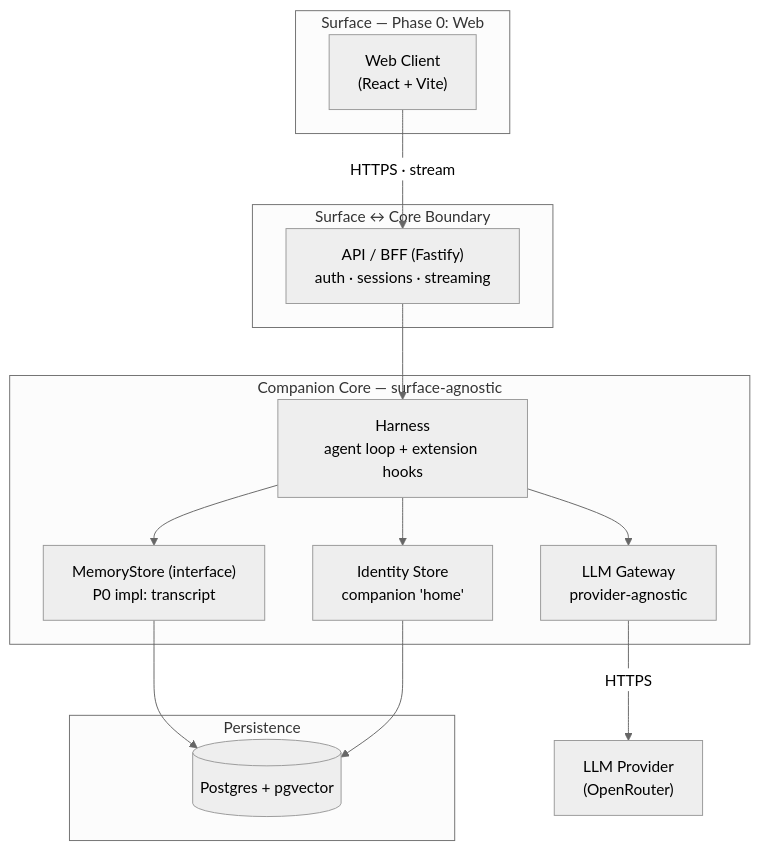
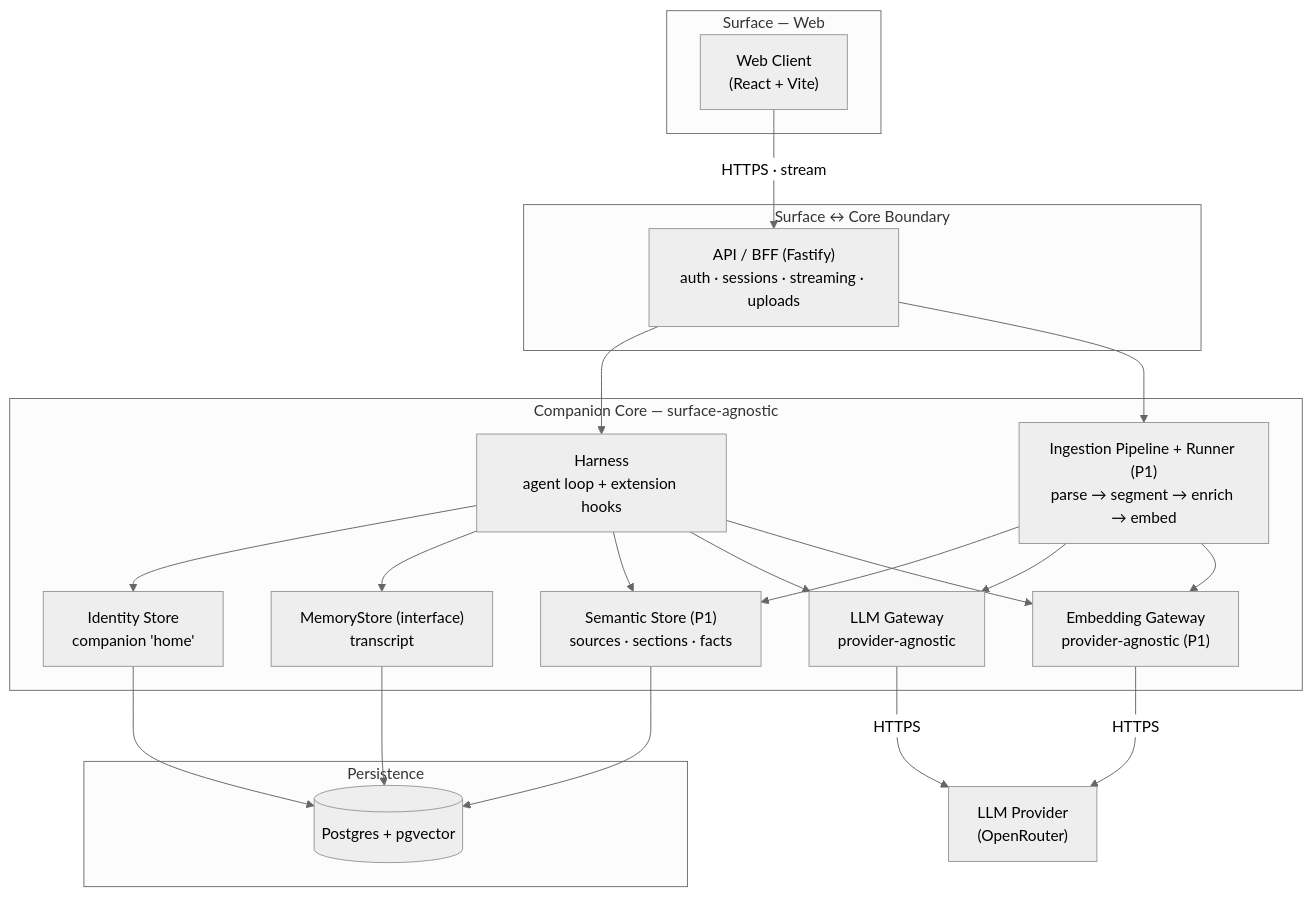
Before and after one commit to CobbleStamp/CobbleCompanion: the first of 8 diagrams in docs/architecture.md, drawn with Mermaid (neutral theme). The commit also changed other lines of this file and 10 other files, not shown here.

First line of the commit message:
feat: eval semantic configs + Phase 1 docs incl. ontology contract (M9)

````diff
--- a/docs/architecture.md
+++ b/docs/architecture.md
@@ -55,28 +56,39 @@
 ```mermaid
 flowchart TB
-  subgraph SURFACE["Surface — Phase 0: Web"]
+  subgraph SURFACE["Surface — Web"]
     WEB["Web Client<br/>(React + Vite)"]
   end
   subgraph BOUNDARY["Surface ↔ Core Boundary"]
-    API["API / BFF (Fastify)<br/>auth · sessions · streaming"]
+    API["API / BFF (Fastify)<br/>auth · sessions · streaming · uploads"]
   end
   subgraph CORE["Companion Core — surface-agnostic"]
     H["Harness<br/>agent loop + extension hooks"]
     GW["LLM Gateway<br/>provider-agnostic"]
-    MEM["MemoryStore (interface)<br/>P0 impl: transcript"]
+    EGW["Embedding Gateway<br/>provider-agnostic (P1)"]
+    MEM["MemoryStore (interface)<br/>transcript"]
+    SEM["Semantic Store (P1)<br/>sources · sections · facts"]
+    ING["Ingestion Pipeline + Runner (P1)<br/>parse → segment → enrich → embed"]
     ID["Identity Store<br/>companion 'home'"]
   end
   subgraph DATA["Persistence"]
     PG[("Postgres + pgvector")]
   end
   LLM["LLM Provider<br/>(OpenRouter)"]
 
   WEB -->|HTTPS · stream| API
   API --> H
+  API --> ING
   H --> ID
   H --> MEM
+  H --> SEM
   H --> GW
+  H --> EGW
+  ING --> SEM
+  ING --> GW
+  ING --> EGW
   GW -->|HTTPS| LLM
+  EGW -->|HTTPS| LLM
   MEM --> PG
+  SEM --> PG
   ID --> PG
 ```
````
